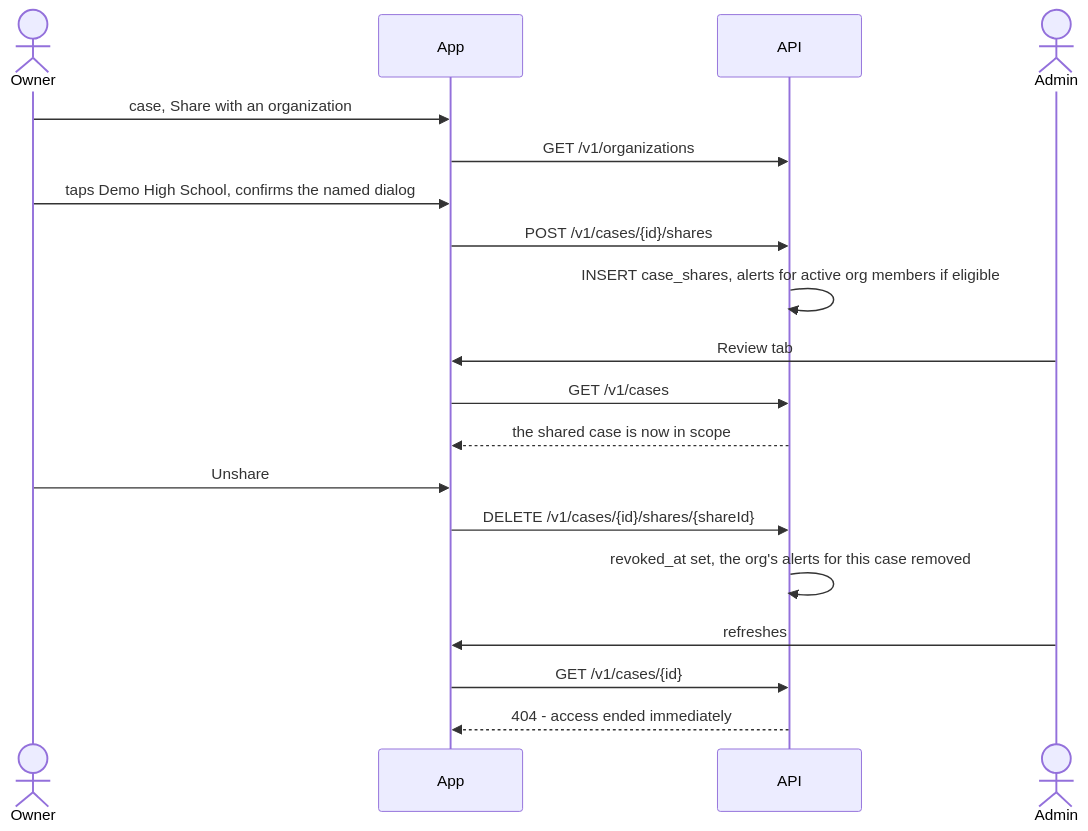
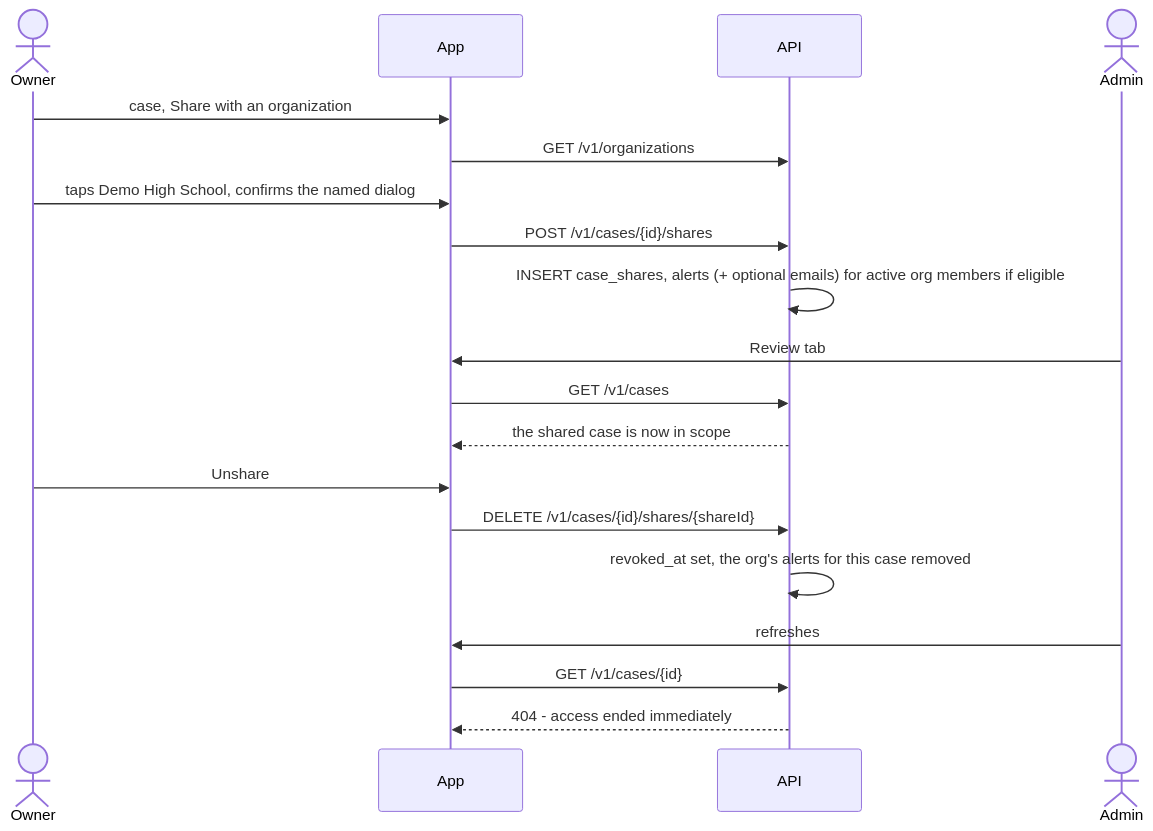
One commit to abdullah956/a-mbl changed diagram 22 of 25 in PROJECT_GUIDE.md. Above: the diagram before and after it, drawn with Mermaid. The commit also changed other lines of this file and 12 other files, not shown here.

````diff
--- a/PROJECT_GUIDE.md
+++ b/PROJECT_GUIDE.md
@@ -2528,21 +2853,21 @@
 ```mermaid
 sequenceDiagram
     actor Owner
     participant App
     participant API
     actor Admin
     Owner->>App: case, Share with an organization
     App->>API: GET /v1/organizations
     Owner->>App: taps Demo High School, confirms the named dialog
     App->>API: POST /v1/cases/{id}/shares
-    API->>API: INSERT case_shares, alerts for active org members if eligible
+    API->>API: INSERT case_shares, alerts (+ optional emails) for active org members if eligible
     Admin->>App: Review tab
     App->>API: GET /v1/cases
     API-->>App: the shared case is now in scope
     Owner->>App: Unshare
     App->>API: DELETE /v1/cases/{id}/shares/{shareId}
     API->>API: revoked_at set, the org's alerts for this case removed
     Admin->>App: refreshes
     App->>API: GET /v1/cases/{id}
     API-->>App: 404 - access ended immediately
 ```
````
